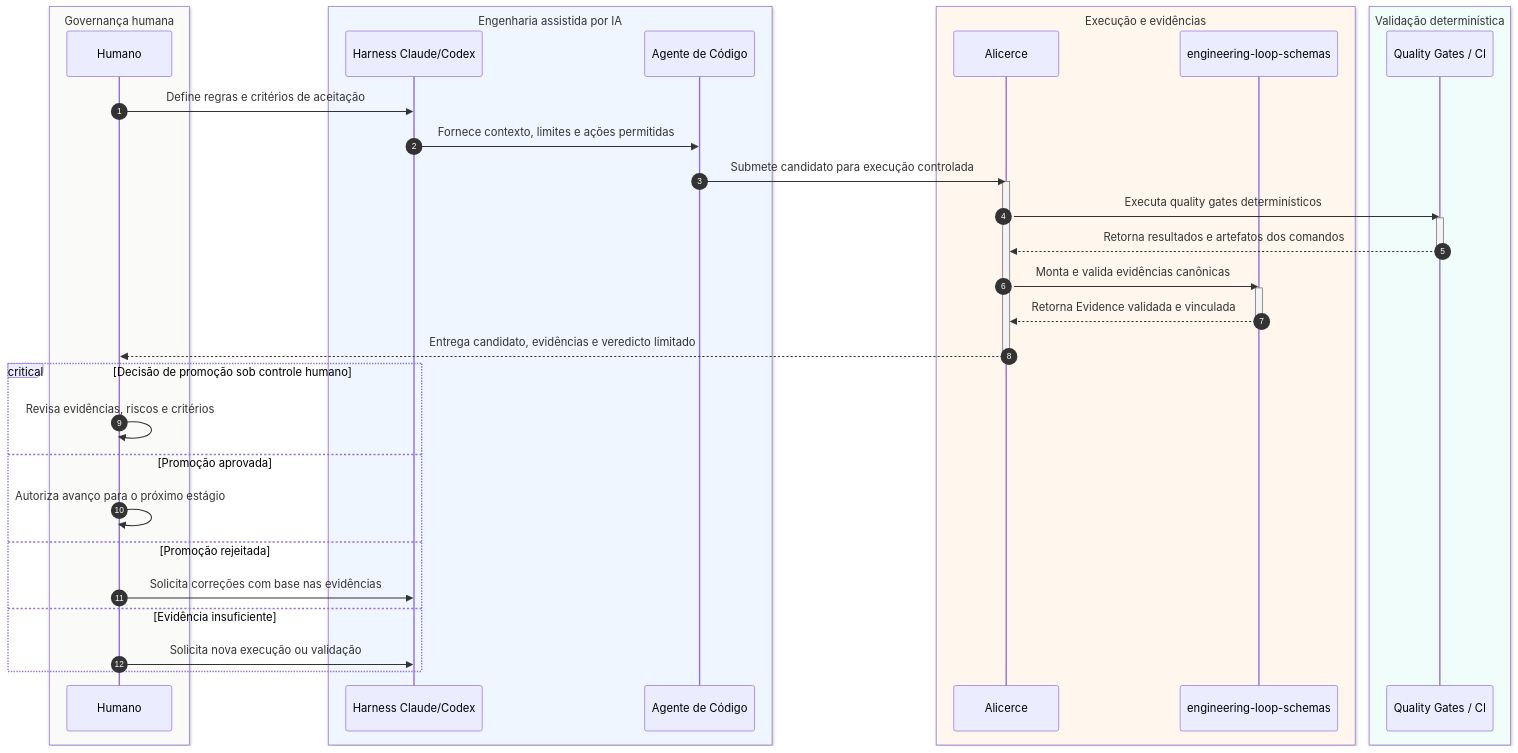
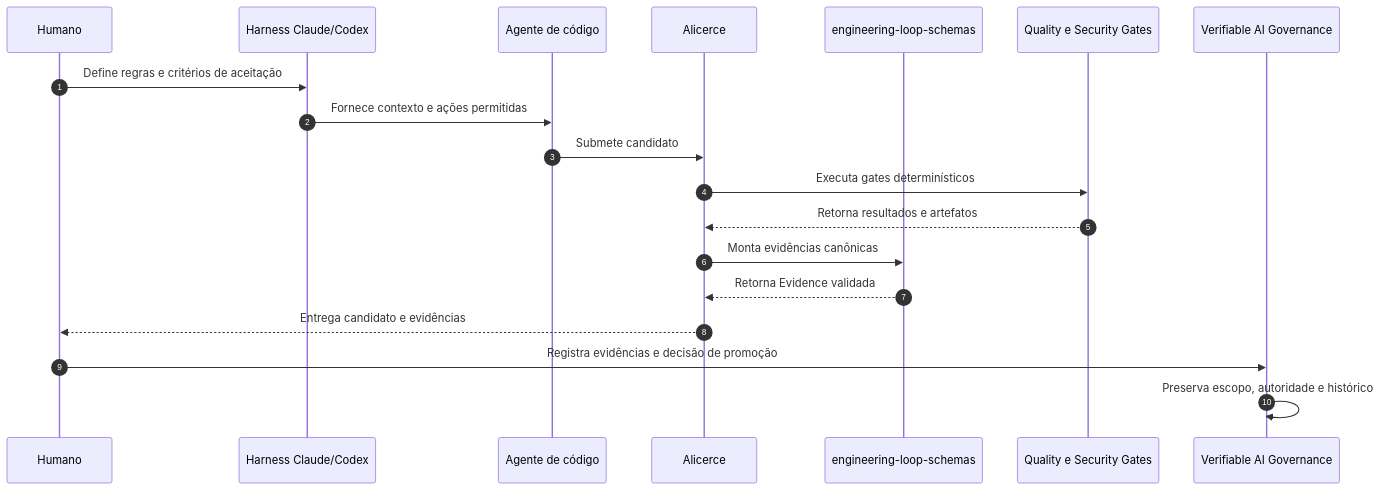
Before and after one commit to brunovicco/brunovicco: the third of 4 diagrams in PORTFOLIO_ARCHITECTURE.pt-BR.md, drawn with Mermaid. The commit also changed other lines of this file and 6 other files, not shown here.

Commit message:
docs: update profile with verifiable AI governance project (#9)

````diff
--- a/PORTFOLIO_ARCHITECTURE.pt-BR.md
+++ b/PORTFOLIO_ARCHITECTURE.pt-BR.md
@@ -192,51 +218,22 @@
 ```mermaid
 sequenceDiagram
     autonumber
-
-    box rgb(250, 250, 249) Governança humana
-        participant Human as Humano
-    end
-
-    box rgb(239, 246, 255) Engenharia assistida por IA
-        participant Harness as Harness Claude/Codex
-        participant Agent as Agente de Código
-    end
-
-    box rgb(255, 247, 237) Execução e evidências
-        participant Alicerce
-        participant Schemas as engineering-loop-schemas
-    end
-
-    box rgb(240, 253, 250) Validação determinística
-        participant CI as Quality Gates / CI
-    end
+    participant Human as Humano
+    participant Harness as Harness Claude/Codex
+    participant Agent as Agente de código
+    participant Alicerce
+    participant Schemas as engineering-loop-schemas
+    participant CI as Quality e Security Gates
+    participant Gov as Verifiable AI Governance
 
     Human->>Harness: Define regras e critérios de aceitação
-    Harness->>Agent: Fornece contexto, limites e ações permitidas
-
-    Agent->>Alicerce: Submete candidato para execução controlada
-    activate Alicerce
-
-    Alicerce->>CI: Executa quality gates determinísticos
-    activate CI
-    CI-->>Alicerce: Retorna resultados e artefatos dos comandos
-    deactivate CI
-
-    Alicerce->>Schemas: Monta e valida evidências canônicas
-    activate Schemas
-    Schemas-->>Alicerce: Retorna Evidence validada e vinculada
-    deactivate Schemas
-
-    Alicerce-->>Human: Entrega candidato, evidências e veredicto limitado
-    deactivate Alicerce
-
-    critical Decisão de promoção sob controle humano
-        Human->>Human: Revisa evidências, riscos e critérios
-        option Promoção aprovada
-            Human->>Human: Autoriza avanço para o próximo estágio
-        option Promoção rejeitada
-            Human->>Harness: Solicita correções com base nas evidências
-        option Evidência insuficiente
-            Human->>Harness: Solicita nova execução ou validação
-    end
+    Harness->>Agent: Fornece contexto e ações permitidas
+    Agent->>Alicerce: Submete candidato
+    Alicerce->>CI: Executa gates determinísticos
+    CI-->>Alicerce: Retorna resultados e artefatos
+    Alicerce->>Schemas: Monta evidências canônicas
+    Schemas-->>Alicerce: Retorna Evidence validada
+    Alicerce-->>Human: Entrega candidato e evidências
+    Human->>Gov: Registra evidências e decisão de promoção
+    Gov->>Gov: Preserva escopo, autoridade e histórico
 ```
````
